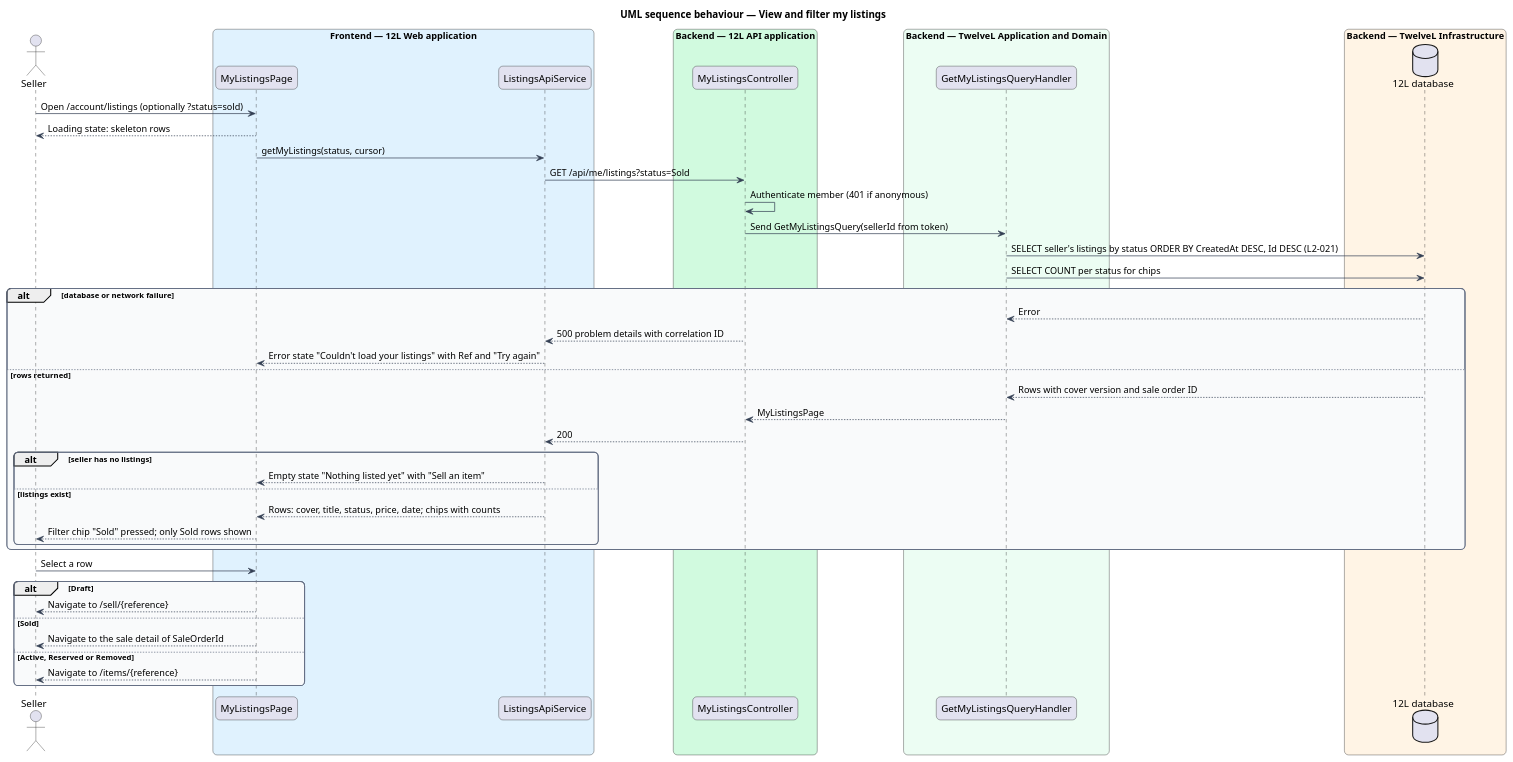
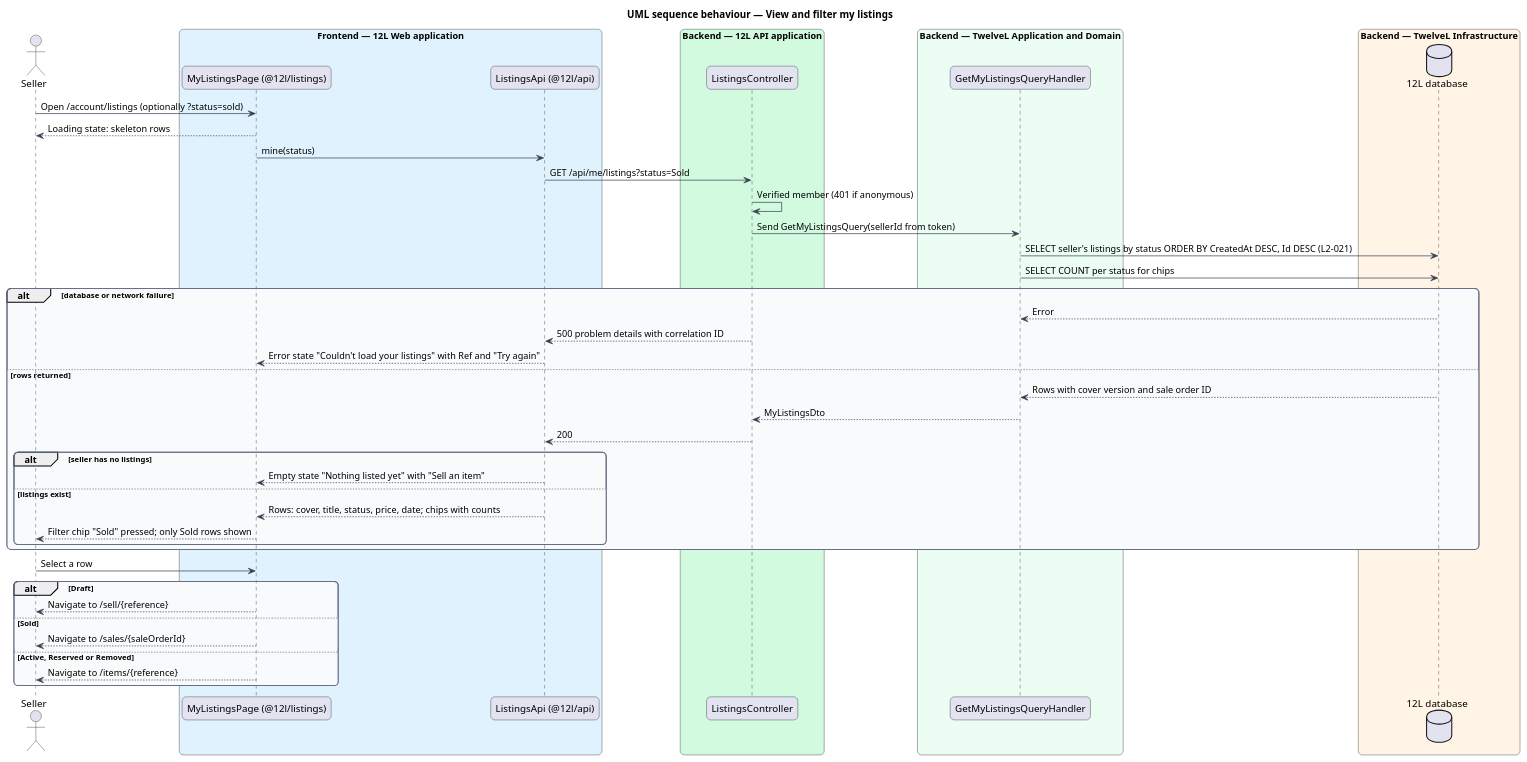
One commit to QuinntyneBrown/12l changed the diagram in docs/detailed-designs/listings/manage-my-listings/diagrams/sequence-view-my-listings.puml. Above: the diagram before and after it, drawn with PlantUML. The commit also changed 69 other files, not shown here.

```diff
--- a/docs/detailed-designs/listings/manage-my-listings/diagrams/sequence-view-my-listings.puml
+++ b/docs/detailed-designs/listings/manage-my-listings/diagrams/sequence-view-my-listings.puml
@@ -1,62 +1,62 @@
 @startuml
 title UML sequence behaviour — View and filter my listings
 skinparam backgroundColor #FFFFFF
 skinparam shadowing false
 skinparam roundcorner 12
 skinparam defaultFontName Arial
 skinparam ArrowColor #344054
 skinparam rectangle {
   BorderColor #344054
   FontColor #101828
 }
 skinparam package {
   BorderColor #667085
   FontColor #101828
   BackgroundColor #F9FAFB
 }
 actor "Seller" as actor
 box "Frontend — 12L Web application" #E0F2FE
-  participant "MyListingsPage" as page
-  participant "ListingsApiService" as client
+  participant "MyListingsPage (@12l/listings)" as page
+  participant "ListingsApi (@12l/api)" as client
 end box
 box "Backend — 12L API application" #D1FADF
-  participant "MyListingsController" as controller
+  participant "ListingsController" as controller
 end box
 box "Backend — TwelveL Application and Domain" #ECFDF3
   participant "GetMyListingsQueryHandler" as handler
 end box
 box "Backend — TwelveL Infrastructure" #FFF4E5
   database "12L database" as db
 end box
 actor -> page : Open /account/listings (optionally ?status=sold)
 page --> actor : Loading state: skeleton rows
-page -> client : getMyListings(status, cursor)
+page -> client : mine(status)
 client -> controller : GET /api/me/listings?status=Sold
-controller -> controller : Authenticate member (401 if anonymous)
+controller -> controller : Verified member (401 if anonymous)
 controller -> handler : Send GetMyListingsQuery(sellerId from token)
 handler -> db : SELECT seller's listings by status ORDER BY CreatedAt DESC, Id DESC (L2-021)
 handler -> db : SELECT COUNT per status for chips
 alt database or network failure
   db --> handler : Error
   controller --> client : 500 problem details with correlation ID
   client --> page : Error state "Couldn't load your listings" with Ref and "Try again"
 else rows returned
   db --> handler : Rows with cover version and sale order ID
-  handler --> controller : MyListingsPage
+  handler --> controller : MyListingsDto
   controller --> client : 200
   alt seller has no listings
     client --> page : Empty state "Nothing listed yet" with "Sell an item"
   else listings exist
     client --> page : Rows: cover, title, status, price, date; chips with counts
     page --> actor : Filter chip "Sold" pressed; only Sold rows shown
   end
 end
 actor -> page : Select a row
 alt Draft
   page --> actor : Navigate to /sell/{reference}
 else Sold
-  page --> actor : Navigate to the sale detail of SaleOrderId
+  page --> actor : Navigate to /sales/{saleOrderId}
 else Active, Reserved or Removed
   page --> actor : Navigate to /items/{reference}
 end
 @enduml
```
